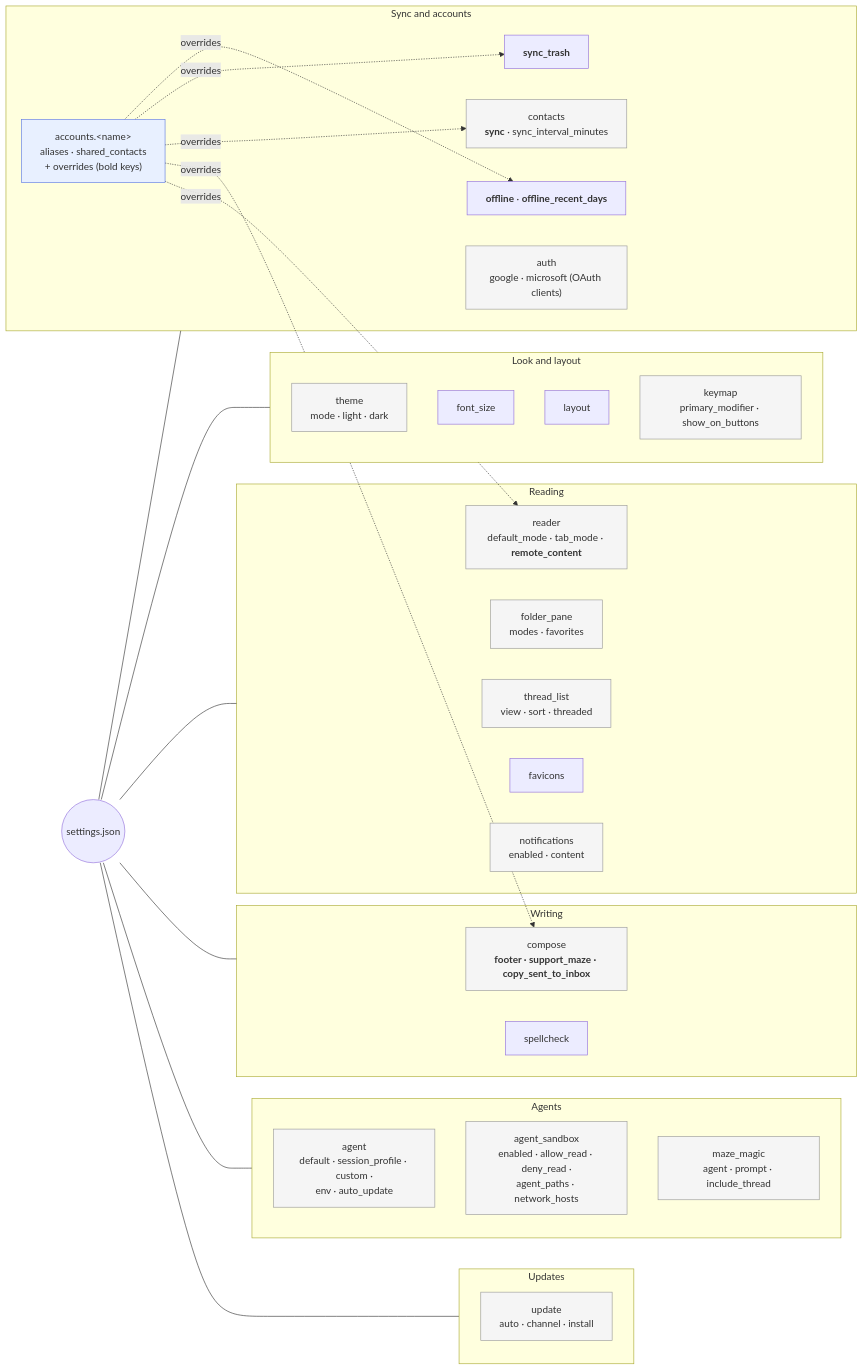
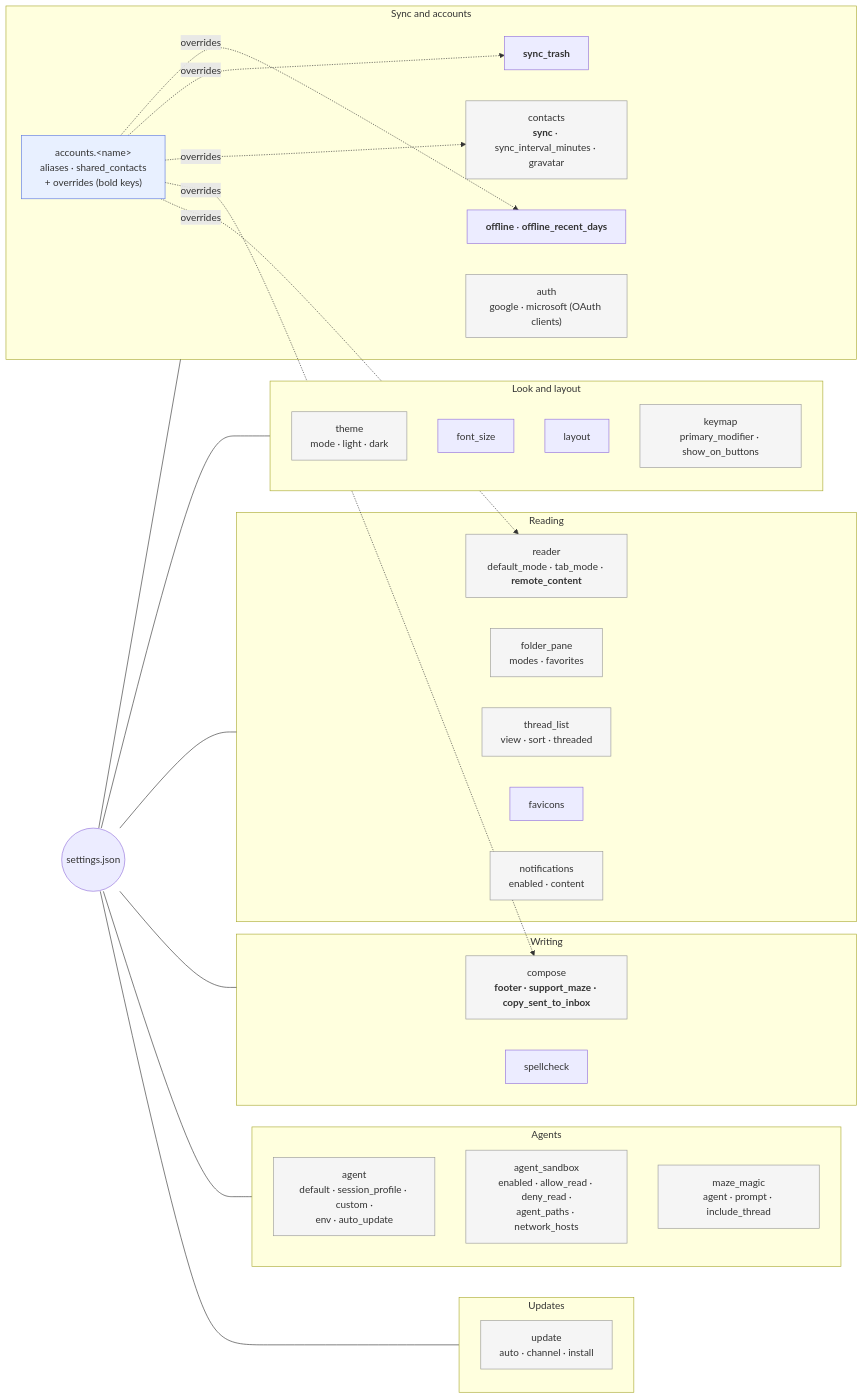
The diagram in docs/settings-model.md (pmig/maze), drawn with Mermaid before and after one commit. The commit also changed 32 other files, not shown here.

````diff
--- a/docs/settings-model.md
+++ b/docs/settings-model.md
@@ -12,53 +12,53 @@
 ```mermaid
 flowchart LR
   classDef acct fill:#e8f0ff,stroke:#5c78e2
   classDef sec fill:#f5f5f5,stroke:#999
 
   S(("settings.json"))
 
   subgraph LOOK["Look and layout"]
     theme["theme<br/>mode · light · dark"]:::sec
     font_size["font_size"]
     layout["layout"]
     keymap["keymap<br/>primary_modifier · show_on_buttons"]:::sec
   end
 
   subgraph READ["Reading"]
     thread_list["thread_list<br/>view · sort · threaded"]:::sec
     folder_pane["folder_pane<br/>modes · favorites"]:::sec
     reader["reader<br/>default_mode · tab_mode · <b>remote_content</b>"]:::sec
     favicons["favicons"]
     notifications["notifications<br/>enabled · content"]:::sec
   end
 
   subgraph WRITE["Writing"]
     compose["compose<br/><b>footer · support_maze · copy_sent_to_inbox</b>"]:::sec
     spellcheck["spellcheck"]
   end
 
   subgraph SYNC["Sync and accounts"]
     offline["<b>offline</b> · <b>offline_recent_days</b>"]
     sync_trash["<b>sync_trash</b>"]
-    contacts["contacts<br/><b>sync</b> · sync_interval_minutes"]:::sec
+    contacts["contacts<br/><b>sync</b> · sync_interval_minutes · gravatar"]:::sec
     auth["auth<br/>google · microsoft (OAuth clients)"]:::sec
     accounts["accounts.&lt;name&gt;<br/>aliases · shared_contacts<br/>+ overrides (bold keys)"]:::acct
   end
 
   subgraph AI["Agents"]
     agent["agent<br/>default · session_profile · custom ·<br/>env · auto_update"]:::sec
     agent_sandbox["agent_sandbox<br/>enabled · allow_read · deny_read ·<br/>agent_paths · network_hosts"]:::sec
     maze_magic["maze_magic<br/>agent · prompt · include_thread"]:::sec
   end
 
   subgraph APP["Updates"]
     update["update<br/>auto · channel · install"]:::sec
   end
 
   S --- LOOK & READ & WRITE & SYNC & AI & APP
   accounts -.->|overrides| offline
   accounts -.->|overrides| sync_trash
   accounts -.->|overrides| contacts
   accounts -.->|overrides| compose
   accounts -.->|overrides| reader
 
 ```
````
